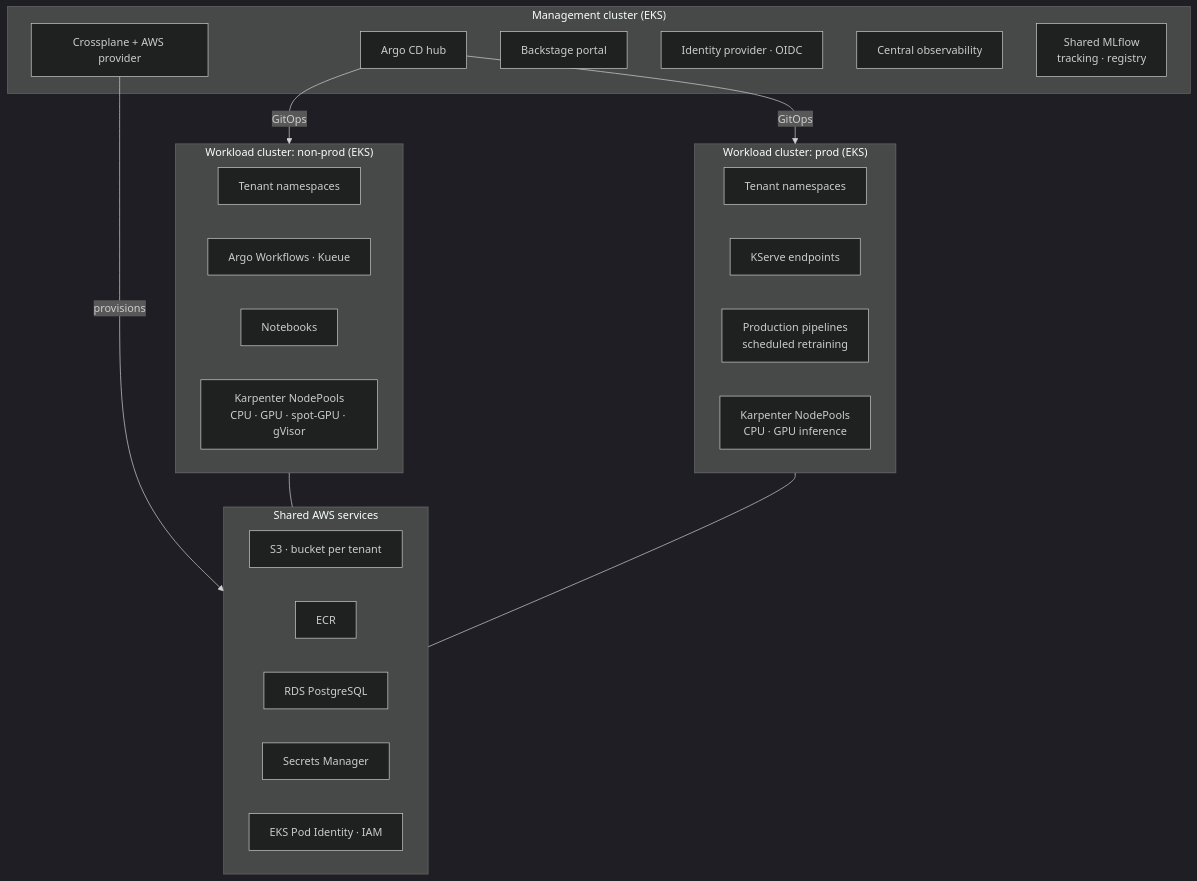
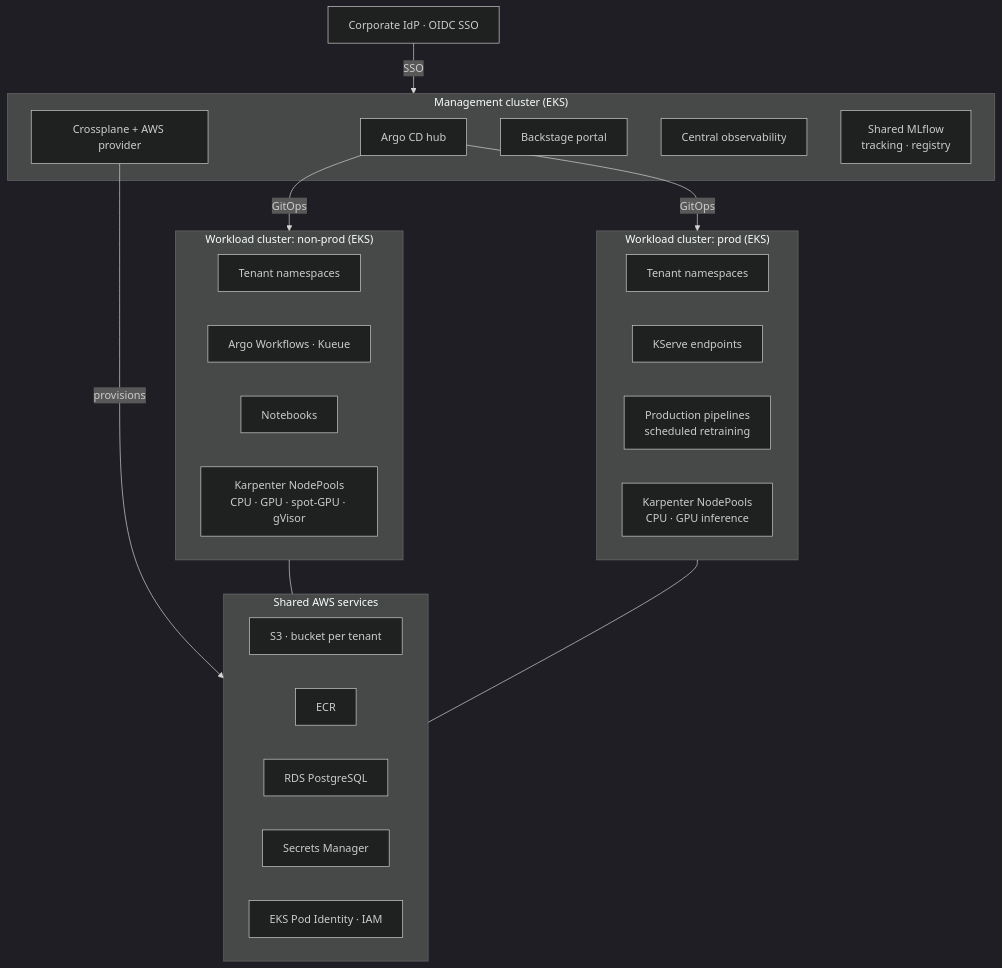
One commit to mlqube/.github changed the first of 4 diagrams in docs/architecture.md. Above: the diagram before and after it, drawn with Mermaid (dark theme). The commit also changed other lines of this file and 3 other files, not shown here.

First line of the commit message:
docs: accept ADR-0009 (corporate IdP over OIDC) and ADR-0010 (private ingress with internal ALBs)

````diff
--- a/docs/architecture.md
+++ b/docs/architecture.md
@@ -86,39 +88,41 @@
 ```mermaid
 flowchart TB
     subgraph MGMT["Management cluster (EKS)"]
         ARGOCD[Argo CD hub]
         XP[Crossplane + AWS provider]
         BS[Backstage portal]
-        IDP[Identity provider · OIDC]
         OBS[Central observability]
         MLFLOW[Shared MLflow<br/>tracking · registry]
     end
+
+    IDP[Corporate IdP · OIDC SSO]
 
     subgraph NONPROD["Workload cluster: non-prod (EKS)"]
         NS1[Tenant namespaces]
         AW[Argo Workflows · Kueue]
         NB[Notebooks]
         NP1[Karpenter NodePools<br/>CPU · GPU · spot-GPU · gVisor]
     end
 
     subgraph PROD["Workload cluster: prod (EKS)"]
         NS2[Tenant namespaces]
         KS[KServe endpoints]
         CRON[Production pipelines<br/>scheduled retraining]
         NP2[Karpenter NodePools<br/>CPU · GPU inference]
     end
 
     subgraph AWS["Shared AWS services"]
         S3[S3 · bucket per tenant]
         ECR[ECR]
         RDS[RDS PostgreSQL]
         SM[Secrets Manager]
         PI[EKS Pod Identity · IAM]
     end
 
+    IDP -- SSO --> MGMT
     ARGOCD -- GitOps --> NONPROD
     ARGOCD -- GitOps --> PROD
     XP -- provisions --> AWS
     NONPROD --- AWS
     PROD --- AWS
 ```
````
